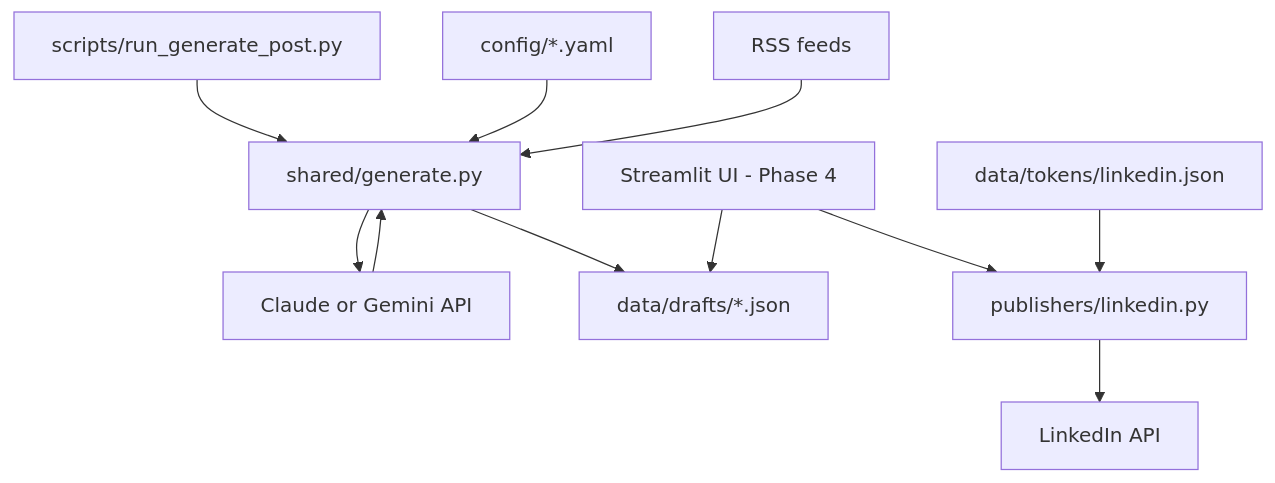
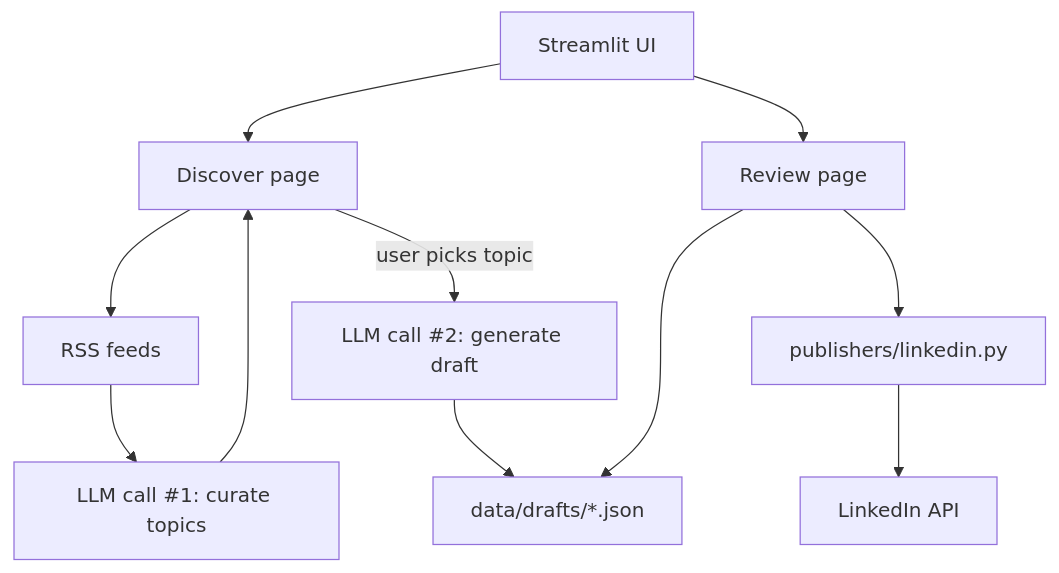
The diagram in README.md (s-prateek/quillcast), drawn with Mermaid before and after one commit. The commit also changed other lines of this file and 34 other files, not shown here.

First line of the commit message:
Implement LinkedIn publishing and Streamlit UI for draft management (#3)

````diff
--- a/README.md
+++ b/README.md
@@ -54,14 +54,14 @@
 ```mermaid
 graph TD
-    A[scripts/run_generate_post.py] --> B[shared/generate.py]
-    C[config/*.yaml] --> B
-    D[RSS feeds] --> B
-    B --> E[Claude or Gemini API]
-    E --> B
-    B --> F[data/drafts/*.json]
+    A[Streamlit UI] --> B[Discover page]
+    B --> C[RSS feeds]
+    C --> D[LLM call #1: curate topics]
+    D --> B
+    B -->|user picks topic| E[LLM call #2: generate draft]
+    E --> F[data/drafts/*.json]
 
-    G[Streamlit UI - Phase 4] --> F
+    A --> G[Review page]
+    G --> F
     G --> H[publishers/linkedin.py]
     H --> I[LinkedIn API]
-    J[data/tokens/linkedin.json] --> H
 ```
````
